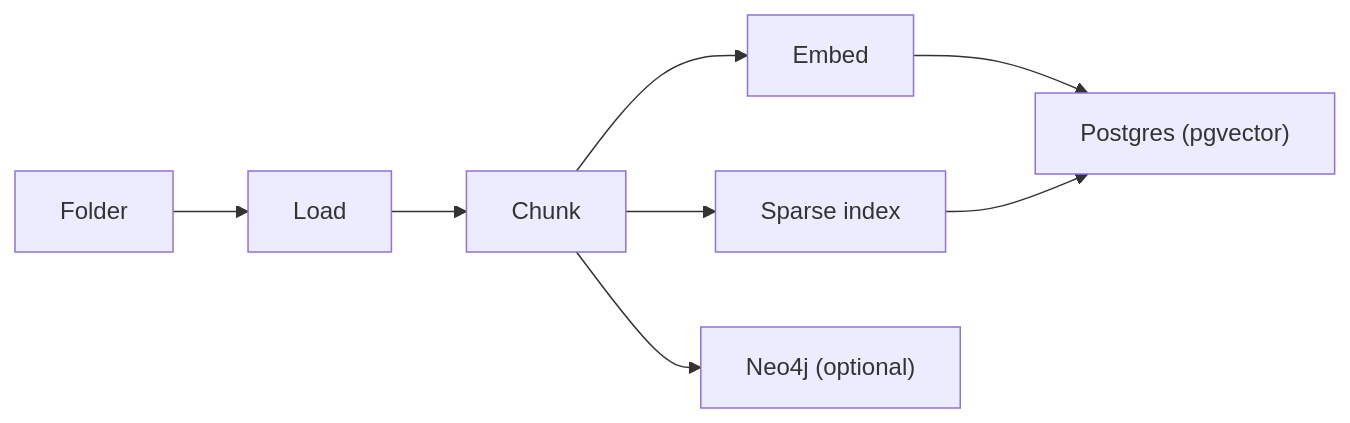
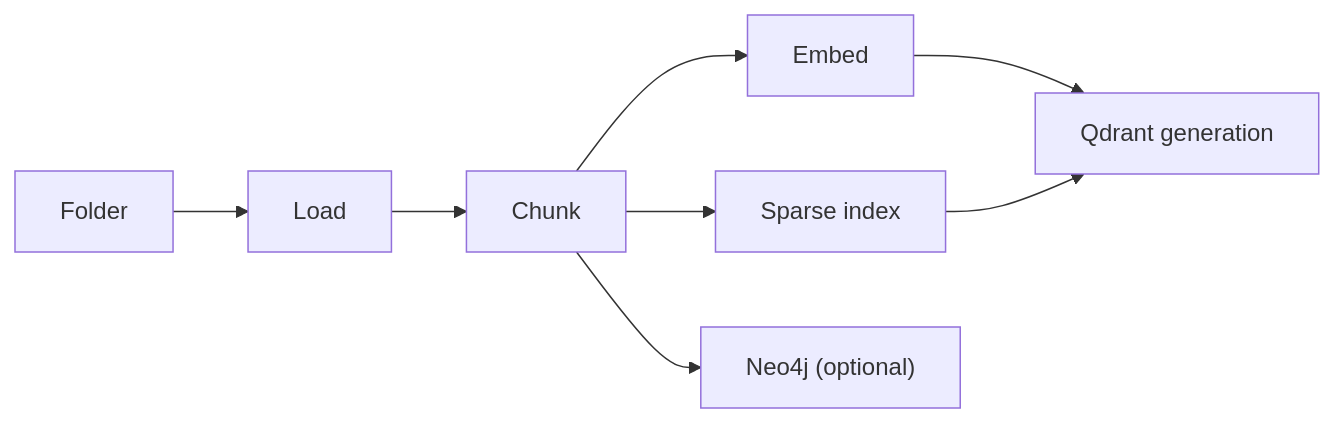
The diagram in mkdocs/docs/manual/indexing.md (DMontgomery40/ragweld), drawn with Mermaid before and after one commit. The commit also changed other lines of this file and 12 other files, not shown here.

````diff
--- a/mkdocs/docs/manual/indexing.md
+++ b/mkdocs/docs/manual/indexing.md
@@ -41,10 +41,10 @@
 ```mermaid
 flowchart LR
   A["Folder"] --> L["Load"]
   L --> C["Chunk"]
   C --> E["Embed"]
   C --> S["Sparse index"]
-  E --> P["Postgres (pgvector)"]
-  S --> P
+  E --> Q["Qdrant generation"]
+  S --> Q
   C --> G["Neo4j (optional)"]
 ```
````
